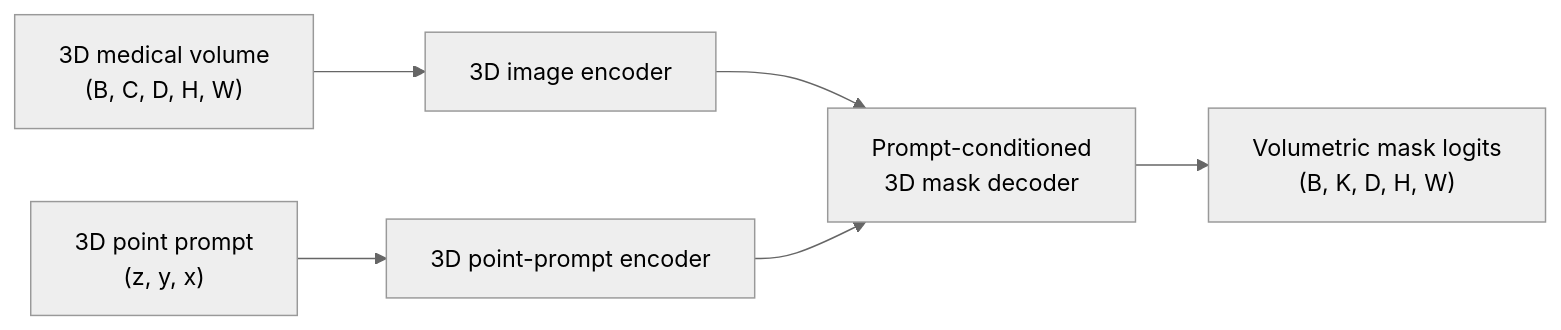
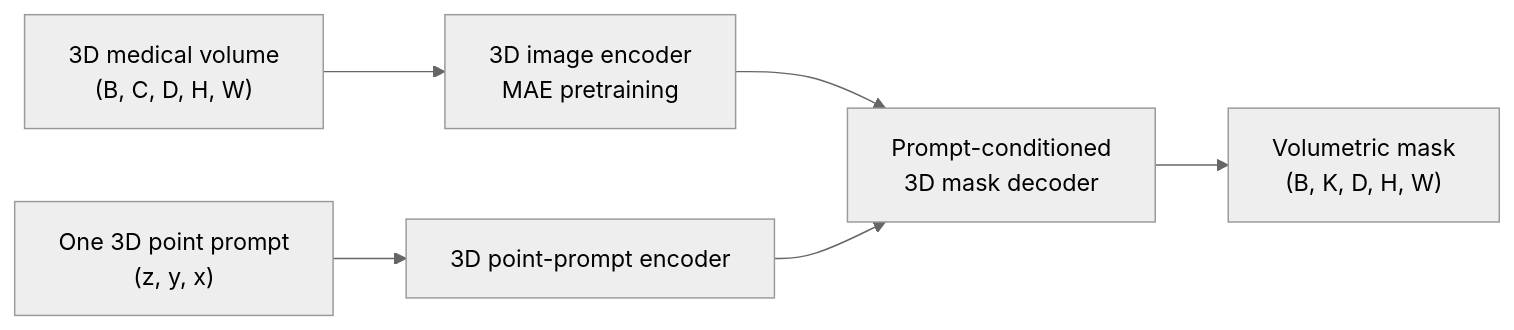
Before and after one commit to LeonSilva15/medical-image-segmentation-architectures: the diagram in docs/architectures/sam-med3d.md, drawn with Mermaid (neutral theme). The commit also changed other lines of this file and 3 other files, not shown here.

````diff
--- a/docs/architectures/sam-med3d.md
+++ b/docs/architectures/sam-med3d.md
@@ -27,12 +29,12 @@
 ```mermaid
 graph LR
     Volume["3D medical volume<br/>(B, C, D, H, W)"]
-    Prompt["3D point prompt<br/>(z, y, x)"]
-    ImageEncoder["3D image encoder"]
+    Prompt["One 3D point prompt<br/>(z, y, x)"]
+    Encoder["3D image encoder<br/>MAE pretraining"]
     PromptEncoder["3D point-prompt encoder"]
-    MaskDecoder["Prompt-conditioned<br/>3D mask decoder"]
-    Output["Volumetric mask logits<br/>(B, K, D, H, W)"]
+    Decoder["Prompt-conditioned<br/>3D mask decoder"]
+    Mask["Volumetric mask<br/>(B, K, D, H, W)"]
 
-    Volume --> ImageEncoder --> MaskDecoder --> Output
-    Prompt --> PromptEncoder --> MaskDecoder
+    Volume --> Encoder --> Decoder --> Mask
+    Prompt --> PromptEncoder --> Decoder
 ```
````
